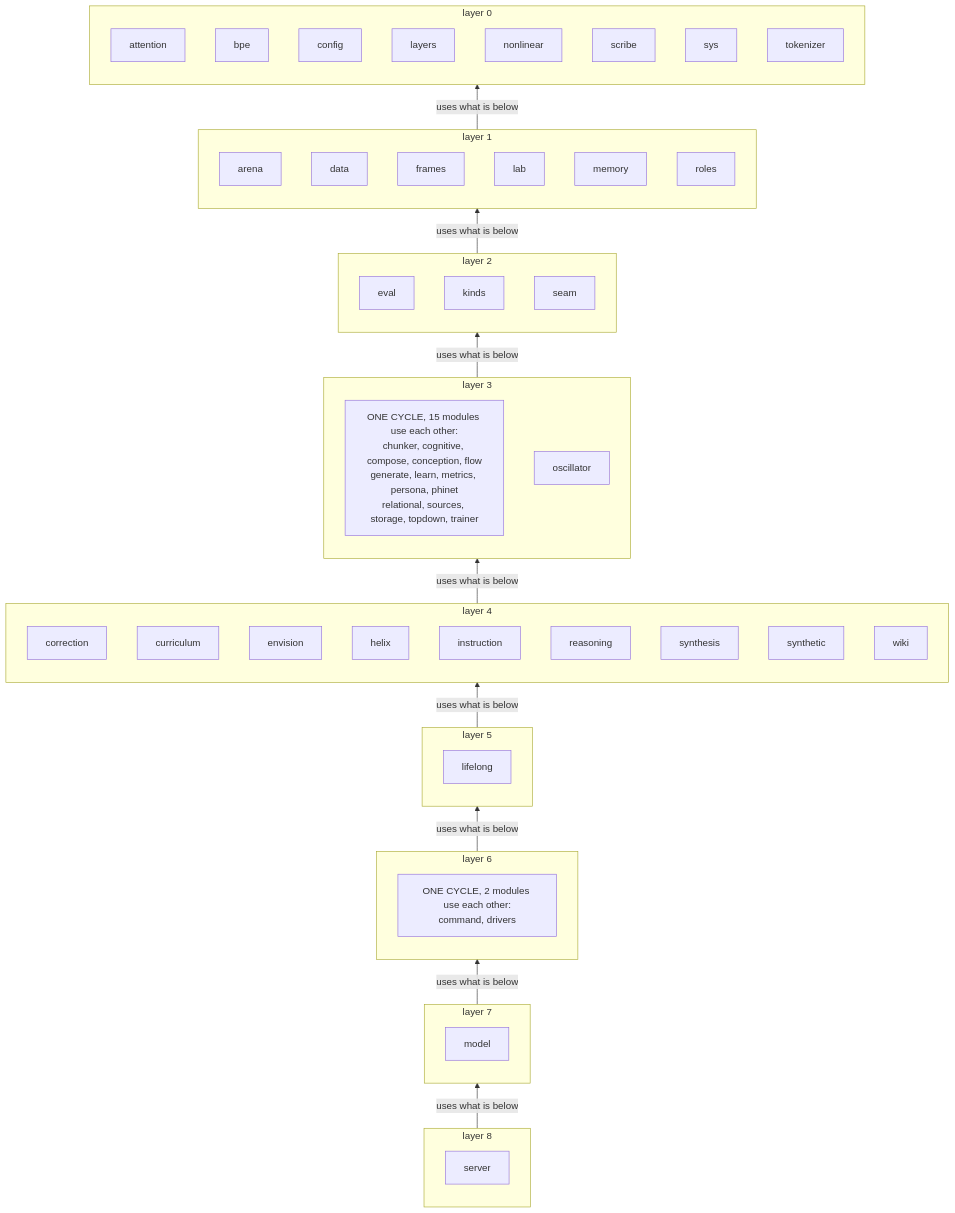
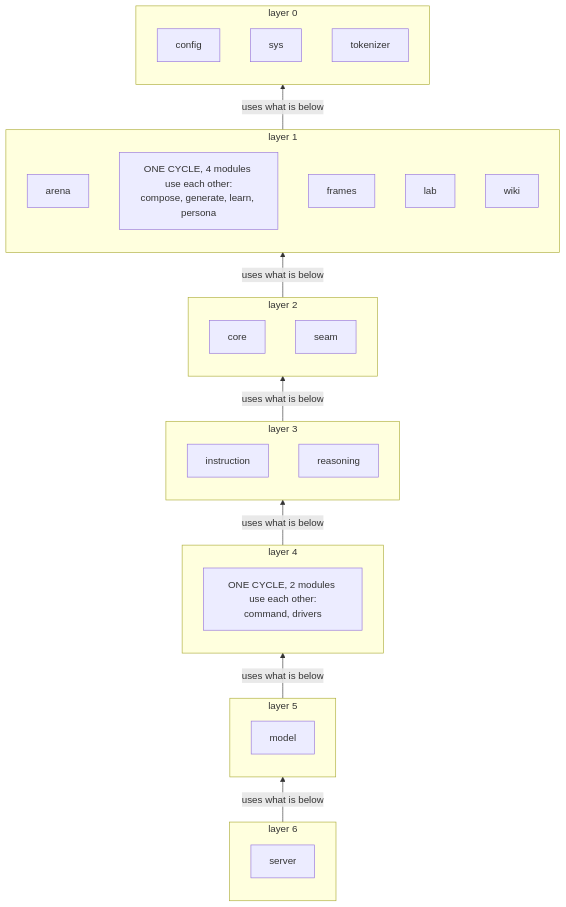
Before and after one commit to gemphi/phiano: the second of 3 diagrams in ARCHITECTURE.md, drawn with Mermaid. The commit also changed other lines of this file and 319 other files, not shown here.

````diff
--- a/ARCHITECTURE.md
+++ b/ARCHITECTURE.md
@@ -26,61 +24,38 @@
 ```mermaid
 graph BT
     subgraph L0["layer 0"]
-        m_attention["attention"]
-        m_bpe["bpe"]
         m_config["config"]
-        m_layers["layers"]
-        m_nonlinear["nonlinear"]
-        m_scribe["scribe"]
         m_sys["sys"]
         m_tokenizer["tokenizer"]
     end
     subgraph L1["layer 1"]
         m_arena["arena"]
-        m_data["data"]
+        CYC1["ONE CYCLE, 4 modules use each other:<br/>compose, generate, learn, persona"]
         m_frames["frames"]
         m_lab["lab"]
-        m_memory["memory"]
-        m_roles["roles"]
+        m_wiki["wiki"]
     end
     subgraph L2["layer 2"]
-        m_eval["eval"]
-        m_kinds["kinds"]
+        m_core["core"]
         m_seam["seam"]
     end
     subgraph L3["layer 3"]
-        CYC3["ONE CYCLE, 15 modules use each other:<br/>chunker, cognitive, compose, conception, flow<br/>generate, learn, metrics, persona, phinet<br/>relational, sources, storage, topdown, trainer"]
-        m_oscillator["oscillator"]
+        m_instruction["instruction"]
+        m_reasoning["reasoning"]
     end
     subgraph L4["layer 4"]
-        m_correction["correction"]
-        m_curriculum["curriculum"]
-        m_envision["envision"]
-        m_helix["helix"]
-        m_instruction["instruction"]
-        m_reasoning["reasoning"]
-        m_synthesis["synthesis"]
-        m_synthetic["synthetic"]
-        m_wiki["wiki"]
+        CYC4["ONE CYCLE, 2 modules use each other:<br/>command, drivers"]
     end
     subgraph L5["layer 5"]
-        m_lifelong["lifelong"]
+        m_model["model"]
     end
     subgraph L6["layer 6"]
-        CYC6["ONE CYCLE, 2 modules use each other:<br/>command, drivers"]
-    end
-    subgraph L7["layer 7"]
-        m_model["model"]
-    end
-    subgraph L8["layer 8"]
         m_server["server"]
     end
     L1 -->|"uses what is below"| L0
     L2 -->|"uses what is below"| L1
     L3 -->|"uses what is below"| L2
     L4 -->|"uses what is below"| L3
     L5 -->|"uses what is below"| L4
     L6 -->|"uses what is below"| L5
-    L7 -->|"uses what is below"| L6
-    L8 -->|"uses what is below"| L7
 ```
````
